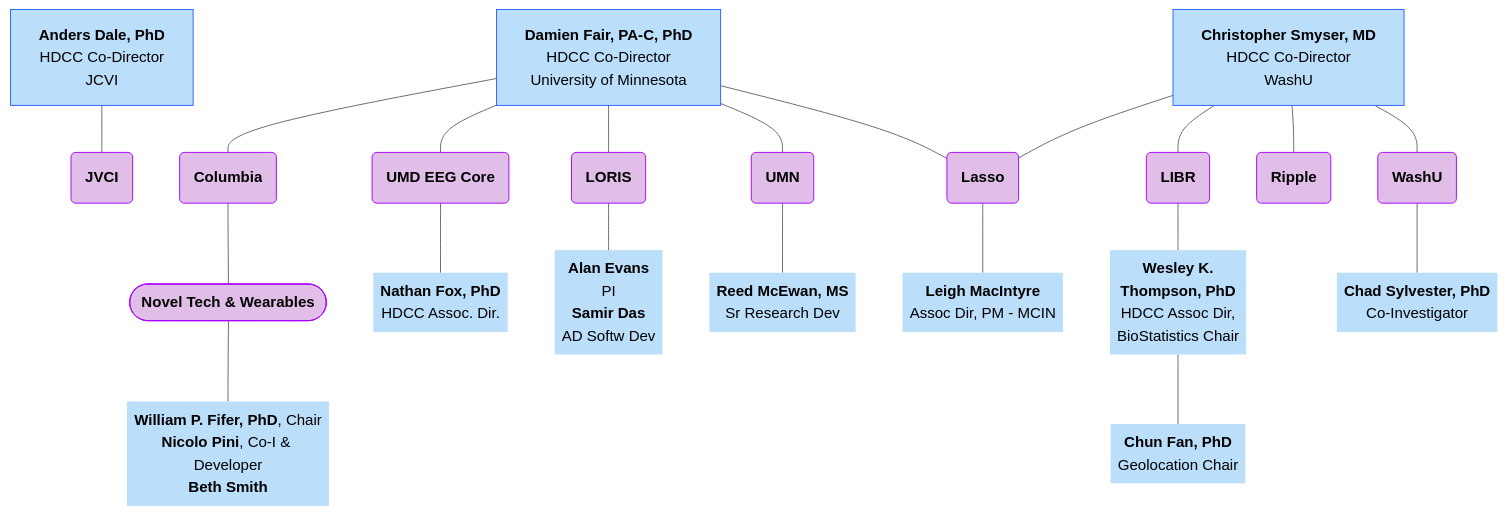
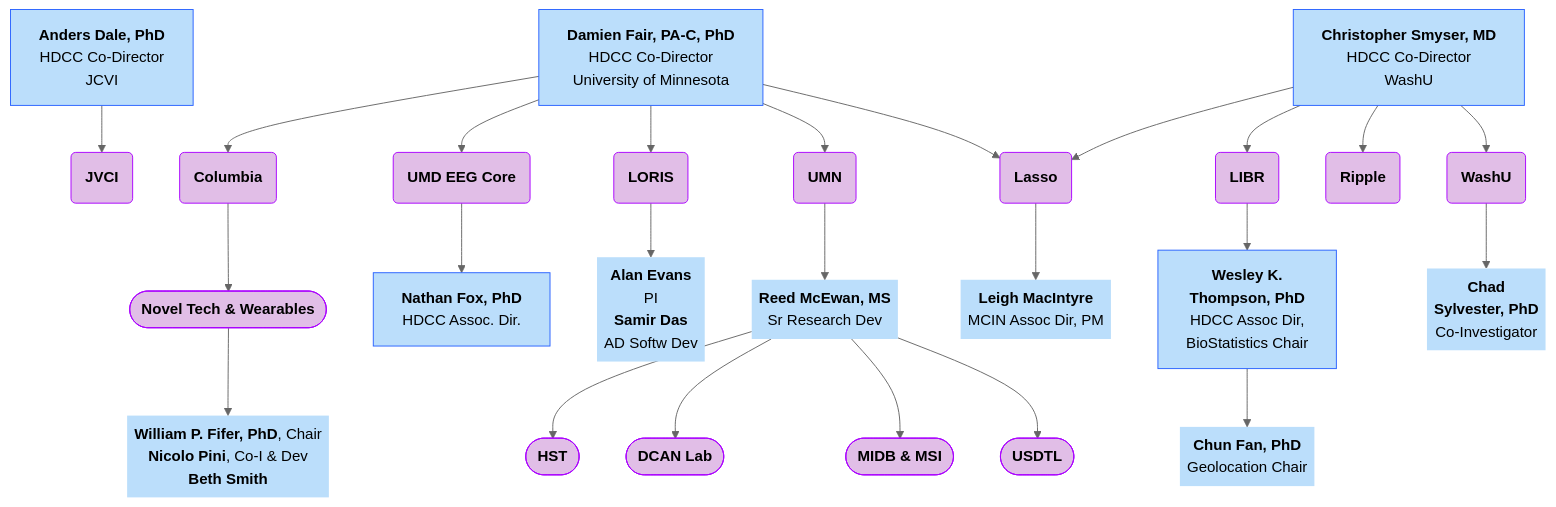
Before and after one commit to DCAN-Labs/hbcd-docs-internal: the first of 11 diagrams in docs/orgcharts.md, drawn with Mermaid (neutral theme). The commit also changed other lines of this file, not shown here.

````diff
--- a/docs/orgcharts.md
+++ b/docs/orgcharts.md
@@ -12,66 +12,72 @@
 ```mermaid
 ---
 config:
   layout: dagre
 ---
 flowchart TB
-    n2["<b>Anders Dale, PhD<br></b>HDCC Co-Director<br>JCVI"] --- jvci["<b>JVCI</b>"]
-    E["<b>Damien Fair, PA-C, PhD</b><br>HDCC Co-Director<br>University of Minnesota"] --- lasso["<b>Lasso</b>"] & umn["<b>UMN</b>"] & n7["<b>LORIS</b>"] & n8["<b>UMD EEG Core</b>"] & n11["<b>Columbia</b>"]
-    lasso --- lasso1["<b>Leigh MacIntyre</b><br>Assoc Dir, PM - MCIN"]
-    n1["<b>Christopher Smyser, MD<br></b>HDCC Co-Director<br>WashU"] --- n10["<b>WashU</b><br>"] & ripple["<b>Ripple</b>"] & n12["<b>LIBR</b>"] & lasso
-    n16@{ label: "<span style=\"--tw-scale-x:\"><b>Wesley K.<br>Thompson, PhD<br></b>HDCC Assoc Dir,<br>BioStatistics Chair</span><br>" } --- n17@{ label: "<span style=\"color:\"><b>Chun Fan, PhD<br></b></span><span style=\"--tw-scale-x:\">Geolocation Chair</span><br style=\"--tw-scale-x:\">" }
-    n12 --- n16
-    n8 --- n19["<b>Nathan Fox, PhD<br></b>HDCC Assoc. Dir."]
-    n7 --- n20@{ label: "<b><span style=\"color:\">Alan Evans</span><br style=\"--tw-scale-x:\"></b><span style=\"--tw-scale-x:\">PI</span><br style=\"--tw-scale-x:\"><b><span style=\"color:\">Samir Das</span><br style=\"--tw-scale-x:\"></b><span style=\"--tw-scale-x:\">AD Softw Dev</span>" }
-    umn --- reed["<b>Reed McEwan, MS</b><br>Sr Research Dev"]
-    n10 --- n22@{ label: "<b><span style=\"color:\">Chad Sylvester, PhD</span><br style=\"--tw-scale-x:\"></b><span style=\"--tw-scale-x:\">Co-Investigator</span>" }
-    n11 --- n23(["<b>Novel Tech &amp; Wearables</b>"])
-    n23 --- n18["<b>William P. Fifer, PhD</b>, Chair<br><b>Nicolo Pini</b>, Co-I &amp; Developer<br><b>Beth Smith</b>"]
+    n2["<b>Anders Dale, PhD<br></b>HDCC Co-Director<br>JCVI"] --> jvci["<b>JVCI</b>"]
+    E["<b>Damien Fair, PA-C, PhD</b><br>HDCC Co-Director<br>University of Minnesota"] --> lasso["<b>Lasso</b>"] & umn["<b>UMN</b>"] & n7["<b>LORIS</b>"] & n8["<b>UMD EEG Core</b>"] & n11["<b>Columbia</b>"]
+    lasso --> lasso1["<b>Leigh MacIntyre</b><br>MCIN Assoc Dir, PM"]
+    n1["<b>Christopher Smyser, MD<br></b>HDCC Co-Director<br>WashU"] --> n10["<b>WashU</b><br>"] & ripple["<b>Ripple</b>"] & n12["<b>LIBR</b>"] & lasso
+    n16["<b>Wesley K.<br>Thompson, PhD</b><br>HDCC Assoc Dir,<br>BioStatistics Chair"] --> n17@{ label: "<span style=\"color:\"><b>Chun Fan, PhD<br></b></span><span style=\"--tw-scale-x:\">Geolocation Chair</span><br style=\"--tw-scale-x:\">" }
+    n12 --> n16
+    n8 --> n19["<b>Nathan Fox, PhD<br></b>HDCC Assoc. Dir."]
+    n7 --> n20@{ label: "<b><span style=\"color:\">Alan Evans</span><br style=\"--tw-scale-x:\"></b><span style=\"--tw-scale-x:\">PI</span><br style=\"--tw-scale-x:\"><b><span style=\"color:\">Samir Das</span><br style=\"--tw-scale-x:\"></b><span style=\"--tw-scale-x:\">AD Softw Dev</span>" }
+    umn --> reed["<b>Reed McEwan, MS</b><br>Sr Research Dev"]
+    n10 --> n22@{ label: "<b><span style=\"color:\">Chad<br>Sylvester, PhD</span><br style=\"--tw-scale-x:\"></b><span style=\"--tw-scale-x:\">Co-Investigator</span>" }
+    n11 --> n23(["<b>Novel Tech &amp; Wearables</b>"])
+    n23 --> n18["<b>William P. Fifer, PhD</b>, Chair<br><b>Nicolo Pini</b>, Co-I &amp; Dev<br><b>Beth Smith</b>"]
+    reed --> n25@{ label: "<span style=\"--tw-scale-x:\"><b>USDTL</b></span>" } & n26(["<b>MIDB &amp; MSI</b>"]) & n27(["<b>DCAN Lab</b>"]) & n30(["<b>HST</b>"])
     n2@{ shape: rect}
     jvci@{ shape: rounded}
     E@{ shape: rect}
     lasso@{ shape: rounded}
     umn@{ shape: rounded}
     n7@{ shape: rounded}
     n8@{ shape: rounded}
     n11@{ shape: rounded}
     lasso1@{ shape: text}
     n1@{ shape: rect}
     n10@{ shape: rounded}
     ripple@{ shape: rounded}
     n12@{ shape: rounded}
-    n16@{ shape: text}
+    n16@{ shape: rect}
     n17@{ shape: text}
-    n19@{ shape: text}
+    n19@{ shape: rect}
     n20@{ shape: text}
     reed@{ shape: text}
     n22@{ shape: text}
     n18@{ shape: text}
+    n25@{ shape: stadium}
     style n2 fill:#BBDEFB,stroke:#2962FF
     style jvci fill:#E1BEE7,stroke:#AA00FF
     style E fill:#BBDEFB,stroke:#2962FF
     style lasso fill:#E1BEE7,stroke:#AA00FF
     style umn fill:#E1BEE7,stroke:#AA00FF
     style n7 fill:#E1BEE7,stroke:#AA00FF
     style n8 fill:#E1BEE7,stroke:#AA00FF
     style n11 fill:#E1BEE7,stroke:#AA00FF
     style lasso1 fill:#BBDEFB
     style n1 fill:#BBDEFB,stroke:#2962FF
     style n10 fill:#E1BEE7,stroke:#AA00FF
     style ripple fill:#E1BEE7,stroke:#AA00FF
     style n12 fill:#E1BEE7,stroke:#AA00FF
-    style n16 fill:#BBDEFB
+    style n16 fill:#BBDEFB,stroke:#2962FF
     style n17 fill:#BBDEFB
-    style n19 fill:#BBDEFB
+    style n19 fill:#BBDEFB,stroke:#2962FF
     style n20 fill:#BBDEFB
     style reed fill:#BBDEFB
     style n22 fill:#BBDEFB
     style n23 fill:#E1BEE7,stroke:#AA00FF
     style n18 fill:#BBDEFB
+    style n25 fill:#E1BEE7,stroke:#AA00FF
+    style n26 fill:#E1BEE7,stroke:#AA00FF
+    style n27 fill:#E1BEE7,stroke:#AA00FF
+    style n30 fill:#E1BEE7,stroke:#AA00FF
     click jvci "#j-craig-venter-institute"
     click lasso "#lasso"
     click umn "#university-of-minnesota"
     click n7 "#loris"
     click n8 "#umd-eeg-core"
     click n10 "#washu"
 ```
````
